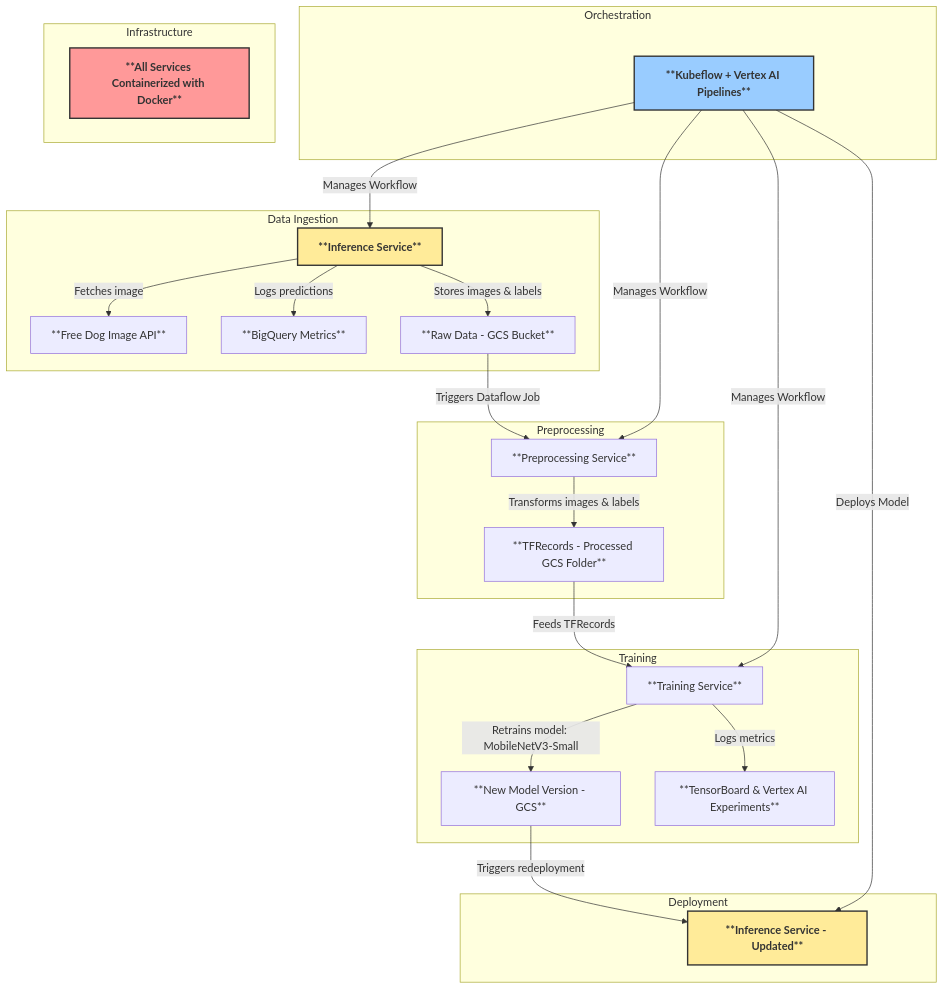
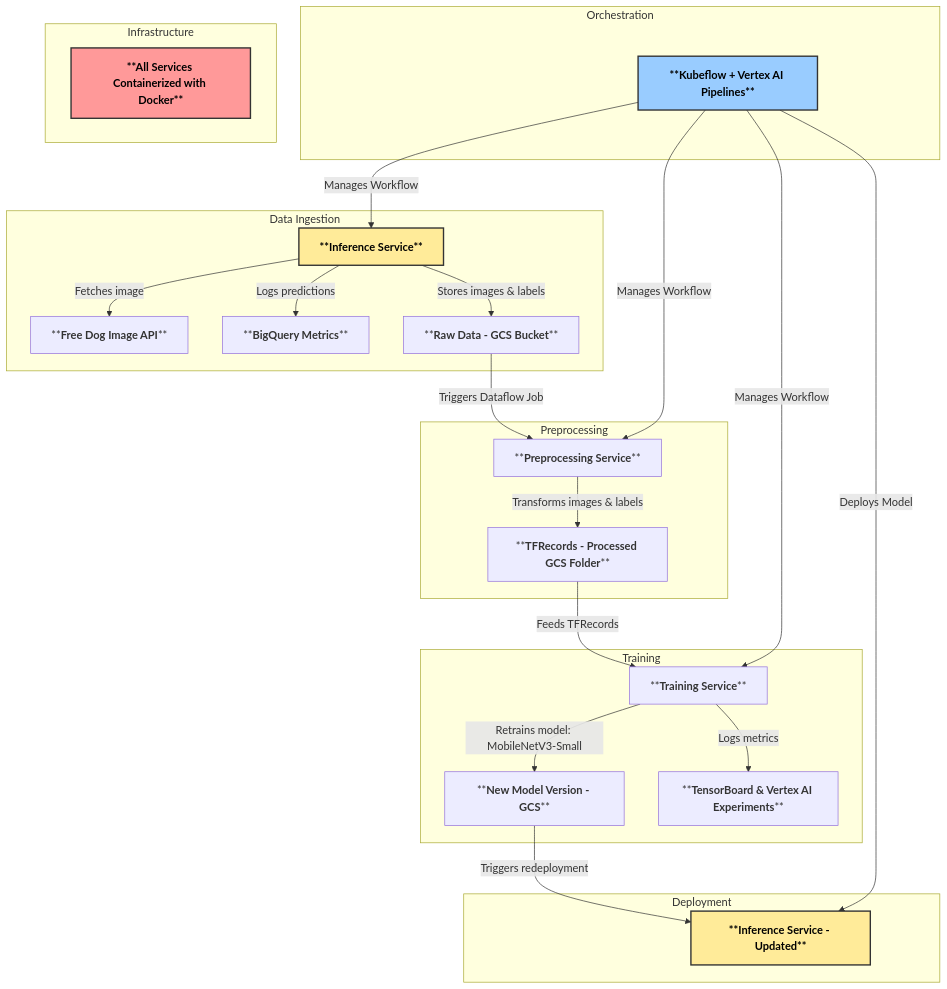
Before and after one commit to shanks-t/creature_vision: the diagram in README.md, drawn with Mermaid.

Commit message:
docs: update font

````diff
--- a/README.md
+++ b/README.md
@@ -19,39 +19,39 @@
 ```mermaid
 graph TD;
     subgraph Data Ingestion
-        A[**Inference Service**] -->|Fetches image| B[**Free Dog Image API**]
-        A -->|Logs predictions| C[**BigQuery Metrics**]
-        A -->|Stores images & labels| D[**Raw Data - GCS Bucket**]
+        A[**<b>Inference Service</b>**] -->|Fetches image| B[**<b>Free Dog Image API</b>**]
+        A -->|Logs predictions| C[**<b>BigQuery Metrics</b>**]
+        A -->|Stores images & labels| D[**<b>Raw Data - GCS Bucket</b>**]
     end
 
     subgraph Preprocessing
-        D -->|Triggers Dataflow Job| E[**Preprocessing Service**]
-        E -->|Transforms images & labels| F[**TFRecords - Processed GCS Folder**]
+        D -->|Triggers Dataflow Job| E[**<b>Preprocessing Service</b>**]
+        E -->|Transforms images & labels| F[**<b>TFRecords - Processed GCS Folder</b>**]
     end
 
     subgraph Training
-        F -->|Feeds TFRecords| G[**Training Service**]
-        G -->|Retrains model: MobileNetV3-Small| H[**New Model Version - GCS**]
-        G -->|Logs metrics| I[**TensorBoard & Vertex AI Experiments**]
+        F -->|Feeds TFRecords| G[**<b>Training Service</b>**]
+        G -->|Retrains model: MobileNetV3-Small| H[**<b>New Model Version - GCS</b>**]
+        G -->|Logs metrics| I[**<b>TensorBoard & Vertex AI Experiments</b>**]
     end
 
     subgraph Deployment
-        H -->|Triggers redeployment| J[**Inference Service - Updated**]
+        H -->|Triggers redeployment| J[**<b>Inference Service - Updated</b>**]
     end
 
     subgraph Orchestration
-        K[**Kubeflow + Vertex AI Pipelines**] -->|Manages Workflow| A
+        K[**<b>Kubeflow + Vertex AI Pipelines</b>**] -->|Manages Workflow| A
         K -->|Manages Workflow| E
         K -->|Manages Workflow| G
         K -->|Deploys Model| J
     end
 
     subgraph Infrastructure
-        L[**All Services Containerized with Docker**]
+        L[**<b>All Services Containerized with Docker</b>**]
     end
 
-    style A fill:#ffeb99,stroke:#333,stroke-width:2px,font-weight:bold;
-    style J fill:#ffeb99,stroke:#333,stroke-width:2px,font-weight:bold;
-    style K fill:#99ccff,stroke:#333,stroke-width:2px,font-weight:bold;
-    style L fill:#ff9999,stroke:#333,stroke-width:2px,font-weight:bold;
+    style A fill:#ffeb99,stroke:#333,stroke-width:2px,font-weight:bold,color:#000;
+    style J fill:#ffeb99,stroke:#333,stroke-width:2px,font-weight:bold,color:#000;
+    style K fill:#99ccff,stroke:#333,stroke-width:2px,font-weight:bold,color:#000;
+    style L fill:#ff9999,stroke:#333,stroke-width:2px,font-weight:bold,color:#000;
 ```
````
